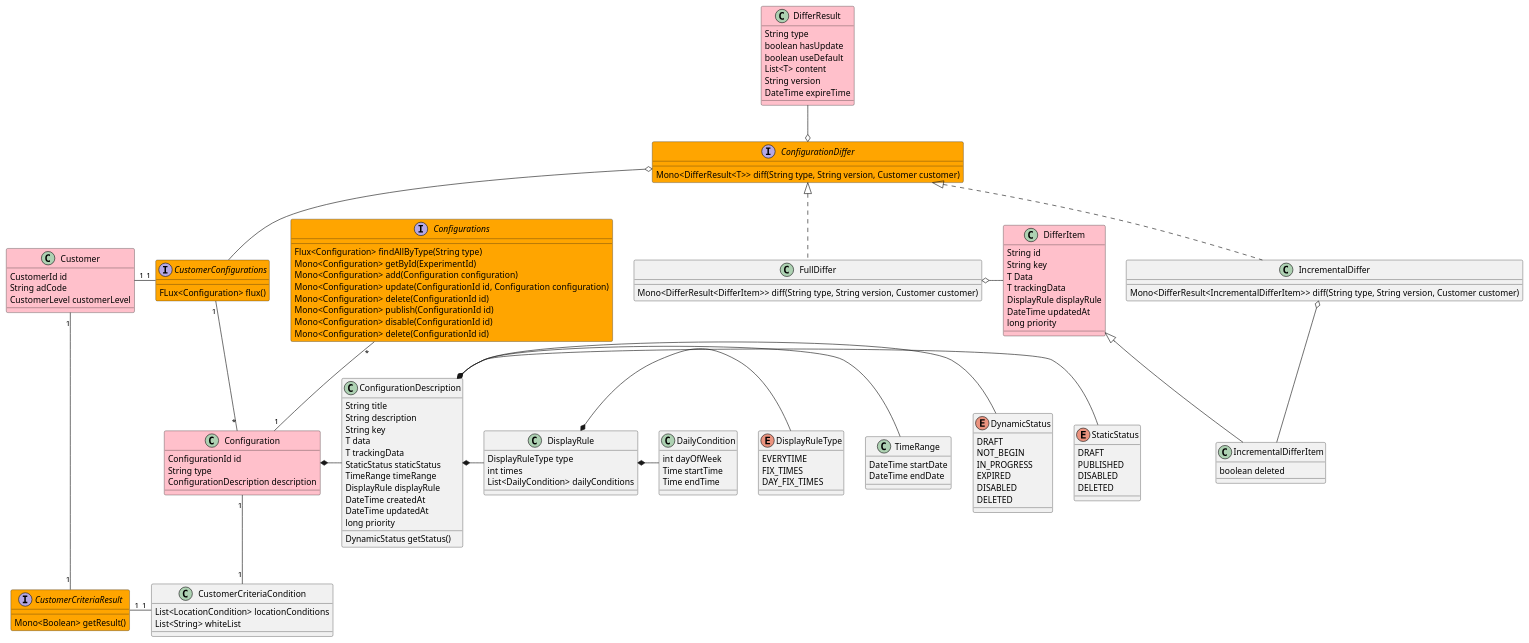
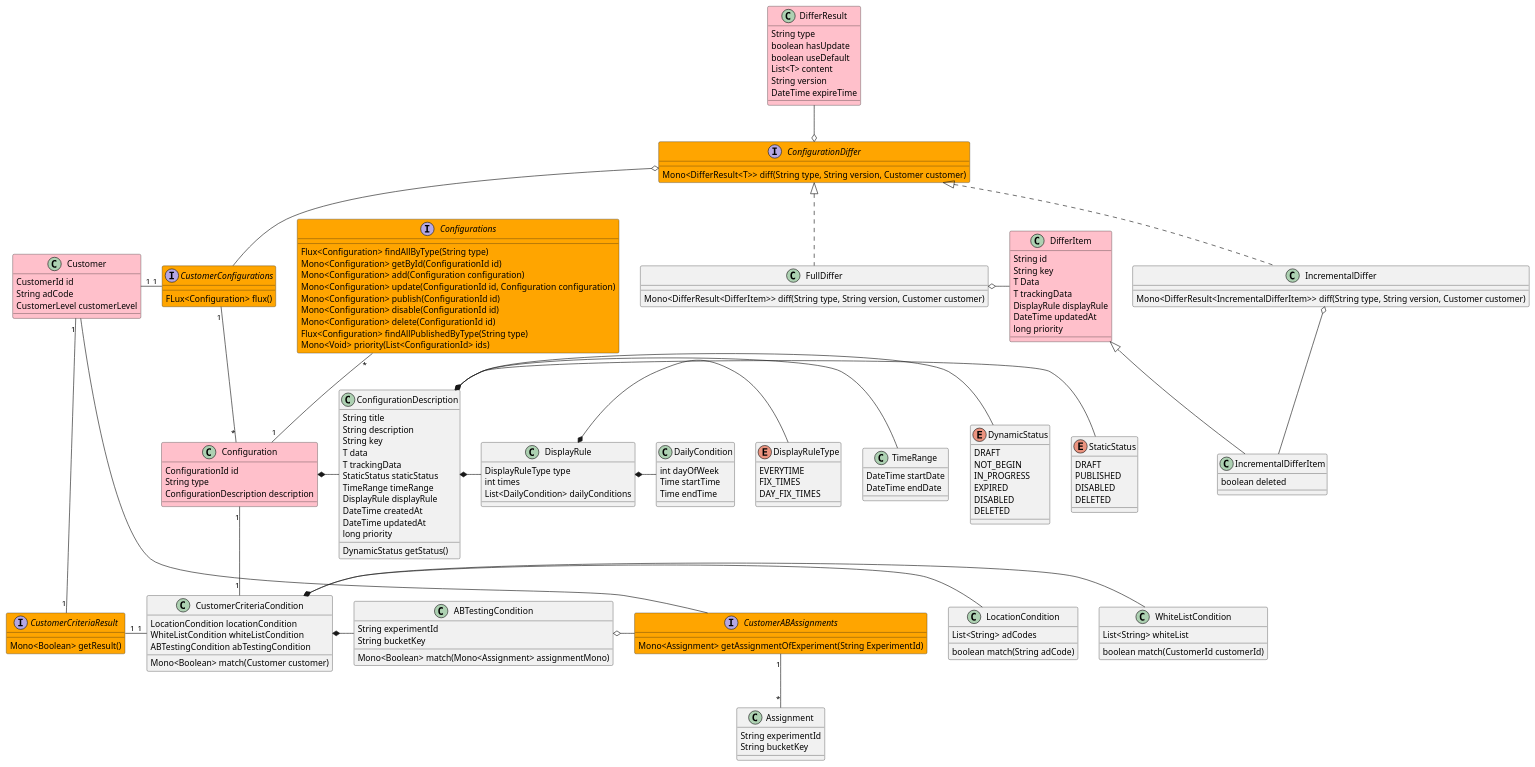
Before and after one commit to pc-dong/app-provision: the diagram in resource/domain.puml, drawn with PlantUML. The commit also changed 22 other files, not shown here.

Commit message:
update domain diagram and add domains

```diff
--- a/resource/domain.puml
+++ b/resource/domain.puml
@@ -3,13 +3,14 @@
 
 interface Configurations #orange {
     Flux<Configuration> findAllByType(String type)
-    Mono<Configuration> getById(ExperimentId)
+    Mono<Configuration> getById(ConfigurationId id)
     Mono<Configuration> add(Configuration configuration)
     Mono<Configuration> update(ConfigurationId id, Configuration configuration)
-    Mono<Configuration> delete(ConfigurationId id)
     Mono<Configuration> publish(ConfigurationId id)
     Mono<Configuration> disable(ConfigurationId id)
     Mono<Configuration> delete(ConfigurationId id)
+    Flux<Configuration> findAllPublishedByType(String type)
+    Mono<Void> priority(List<ConfigurationId> ids)
 }
 
 
@@ -29,9 +30,49 @@
 
 
 class CustomerCriteriaCondition {
-    List<LocationCondition> locationConditions
+    LocationCondition locationCondition
+    WhiteListCondition whiteListCondition
+    ABTestingCondition abTestingCondition
+
+    Mono<Boolean> match(Customer customer)
+}
+
+class WhiteListCondition {
     List<String> whiteList
+
+    boolean match(CustomerId customerId)
 }
+
+class LocationCondition {
+    List<String> adCodes
+
+    boolean match(String adCode)
+}
+
+class ABTestingCondition {
+    String experimentId
+    String bucketKey
+
+    Mono<Boolean> match(Mono<Assignment> assignmentMono)
+}
+
+CustomerCriteriaCondition *- WhiteListCondition
+CustomerCriteriaCondition *- LocationCondition
+CustomerCriteriaCondition *- ABTestingCondition
+
+interface CustomerABAssignments #orange{
+    Mono<Assignment> getAssignmentOfExperiment(String ExperimentId)
+}
+
+class Assignment {
+    String experimentId
+    String bucketKey
+}
+
+Customer  -- CustomerABAssignments
+CustomerABAssignments "1" -- "*" Assignment
+ABTestingCondition o- CustomerABAssignments
+
 
 class ConfigurationDescription {
     String title
```
